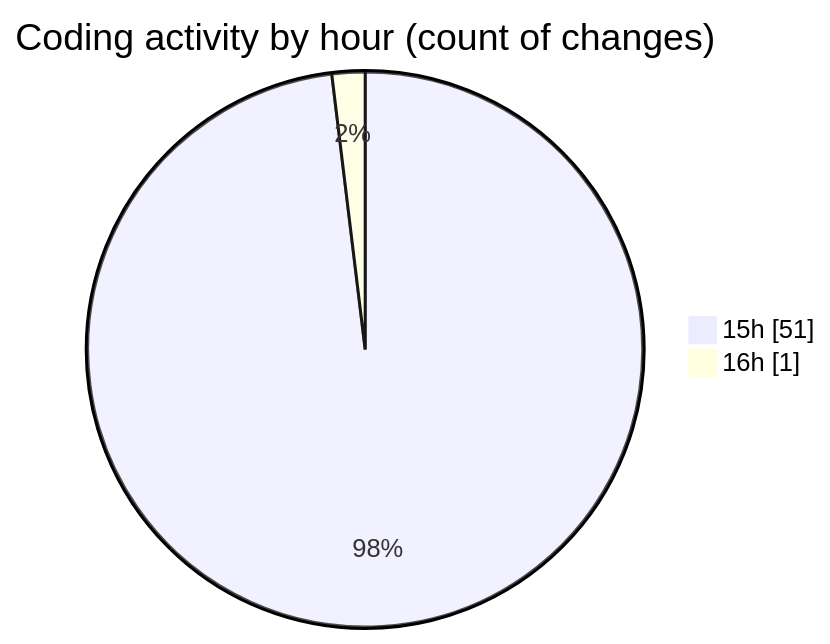
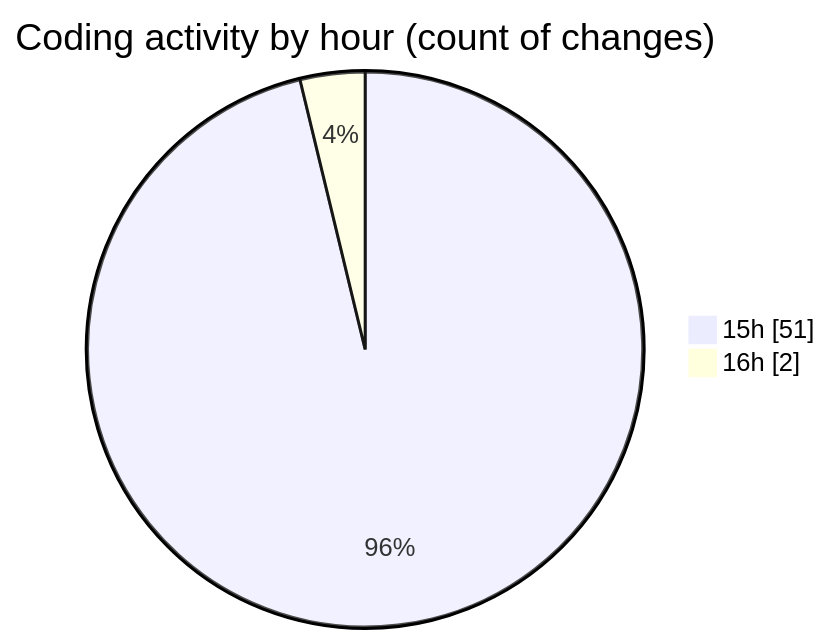
One commit to Elitesun/code-tracking changed the second of 2 diagrams in 2025-05-10/elitesun/README.md. Above: the diagram before and after it, drawn with Mermaid. The commit also changed other lines of this file and 1 other file, not shown here.

````diff
--- a/2025-05-10/elitesun/README.md
+++ b/2025-05-10/elitesun/README.md
@@ -56,6 +57,6 @@
 ```mermaid
 pie showData
 title Coding activity by hour (count of changes)
 "15h" : 51
-"16h" : 1
+"16h" : 2
 ```
````
